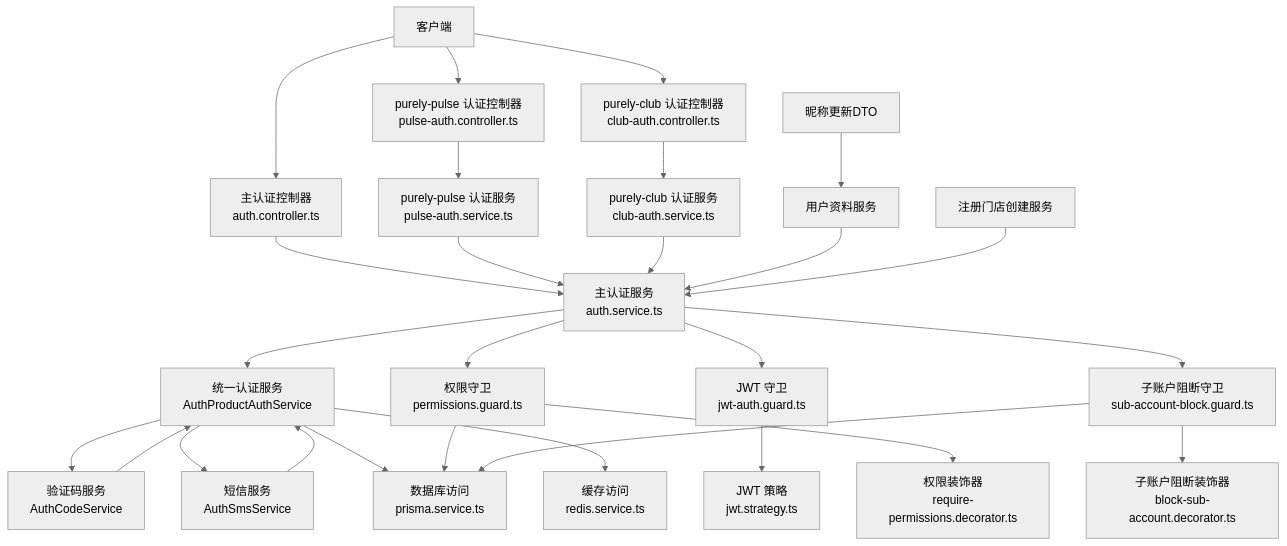
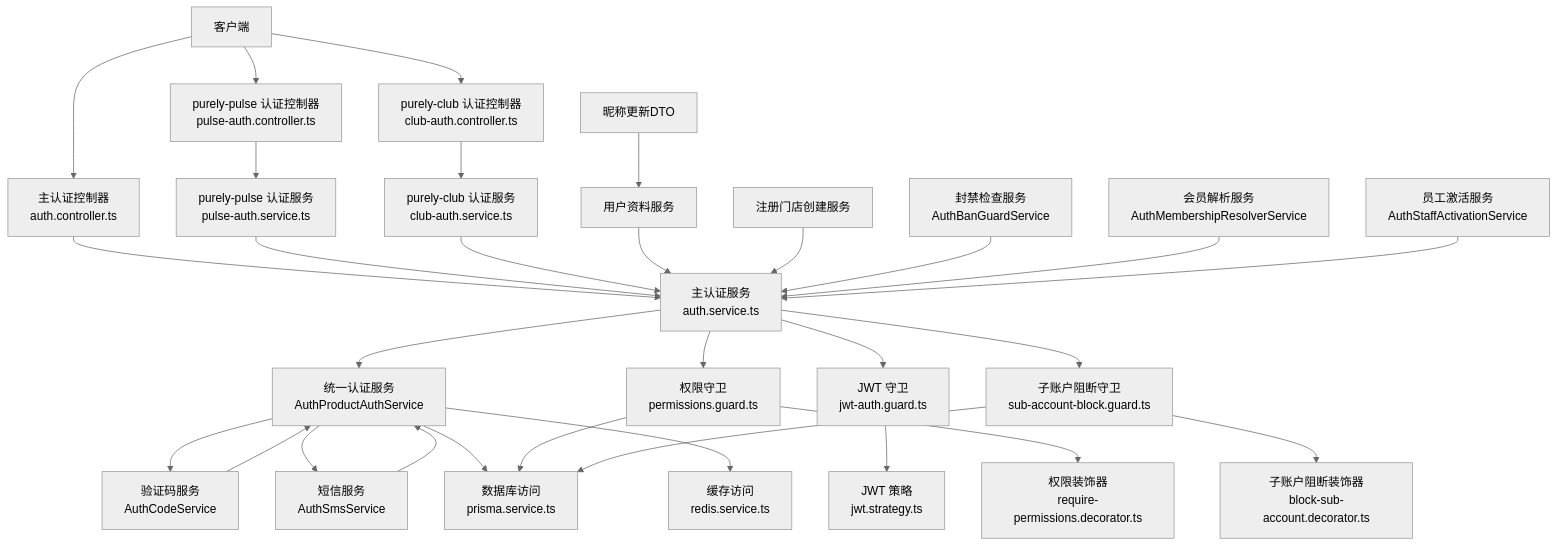
The second of 15 diagrams in .qoder/repowiki/zh/content/认证授权系统/认证授权系统.md (rc558620/purelyprofit-server), drawn with Mermaid (neutral theme) before and after one commit. The commit also changed other lines of this file and 45 other files, not shown here.

````diff
--- a/.qoder/repowiki/zh/content/认证授权系统/认证授权系统.md
+++ b/.qoder/repowiki/zh/content/认证授权系统/认证授权系统.md
@@ -239,29 +262,32 @@
 ```mermaid
 graph TB
 Client["客户端"] --> MainAPI["主认证控制器<br/>auth.controller.ts"]
 Client --> ClubAPI["purely-club 认证控制器<br/>club-auth.controller.ts"]
 Client --> PulseAPI["purely-pulse 认证控制器<br/>pulse-auth.controller.ts"]
 MainAPI --> MainAuthSvc["主认证服务<br/>auth.service.ts"]
 ClubAPI --> ClubAuthSvc["purely-club 认证服务<br/>club-auth.service.ts"]
 PulseAPI --> PulseAuthSvc["purely-pulse 认证服务<br/>pulse-auth.service.ts"]
 PulseAuthSvc --> MainAuthSvc
 MainAuthSvc --> UnifiedAuth["统一认证服务<br/>AuthProductAuthService"]
 UnifiedAuth --> CodeSvc["验证码服务<br/>AuthCodeService"]
 UnifiedAuth --> SmsSvc["短信服务<br/>AuthSmsService"]
 MainAuthSvc --> JwtGuard["JWT 守卫<br/>jwt-auth.guard.ts"]
 JwtGuard --> JwtStrategy["JWT 策略<br/>jwt.strategy.ts"]
 MainAuthSvc --> PermGuard["权限守卫<br/>permissions.guard.ts"]
 PermGuard --> Decorators["权限装饰器<br/>require-permissions.decorator.ts"]
 MainAuthSvc --> SubAccBlock["子账户阻断守卫<br/>sub-account-block.guard.ts"]
 SubAccBlock --> SubAccDecorators["子账户阻断装饰器<br/>block-sub-account.decorator.ts"]
 ClubAuthSvc --> MainAuthSvc
 UnifiedAuth --> Prisma["数据库访问<br/>prisma.service.ts"]
 UnifiedAuth --> Redis["缓存访问<br/>redis.service.ts"]
 SmsSvc --> UnifiedAuth
 CodeSvc --> UnifiedAuth
 PermGuard --> Prisma
 SubAccBlock --> Prisma
 UPS["用户资料服务"] --> MainAuthSvc
 ARS["注册门店创建服务"] --> MainAuthSvc
 URNS["昵称更新DTO"] --> UPS
+ABGS["封禁检查服务<br/>AuthBanGuardService"] --> MainAuthSvc
+AMRS["会员解析服务<br/>AuthMembershipResolverService"] --> MainAuthSvc
+ASAS["员工激活服务<br/>AuthStaffActivationService"] --> MainAuthSvc
 ```
````
